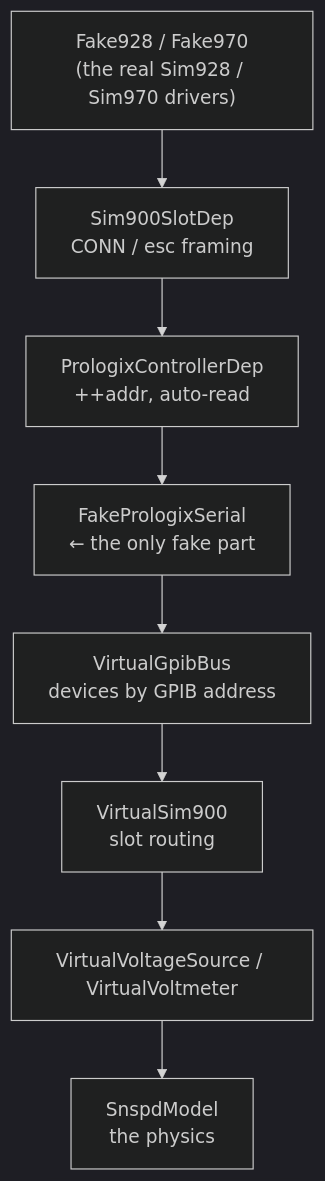
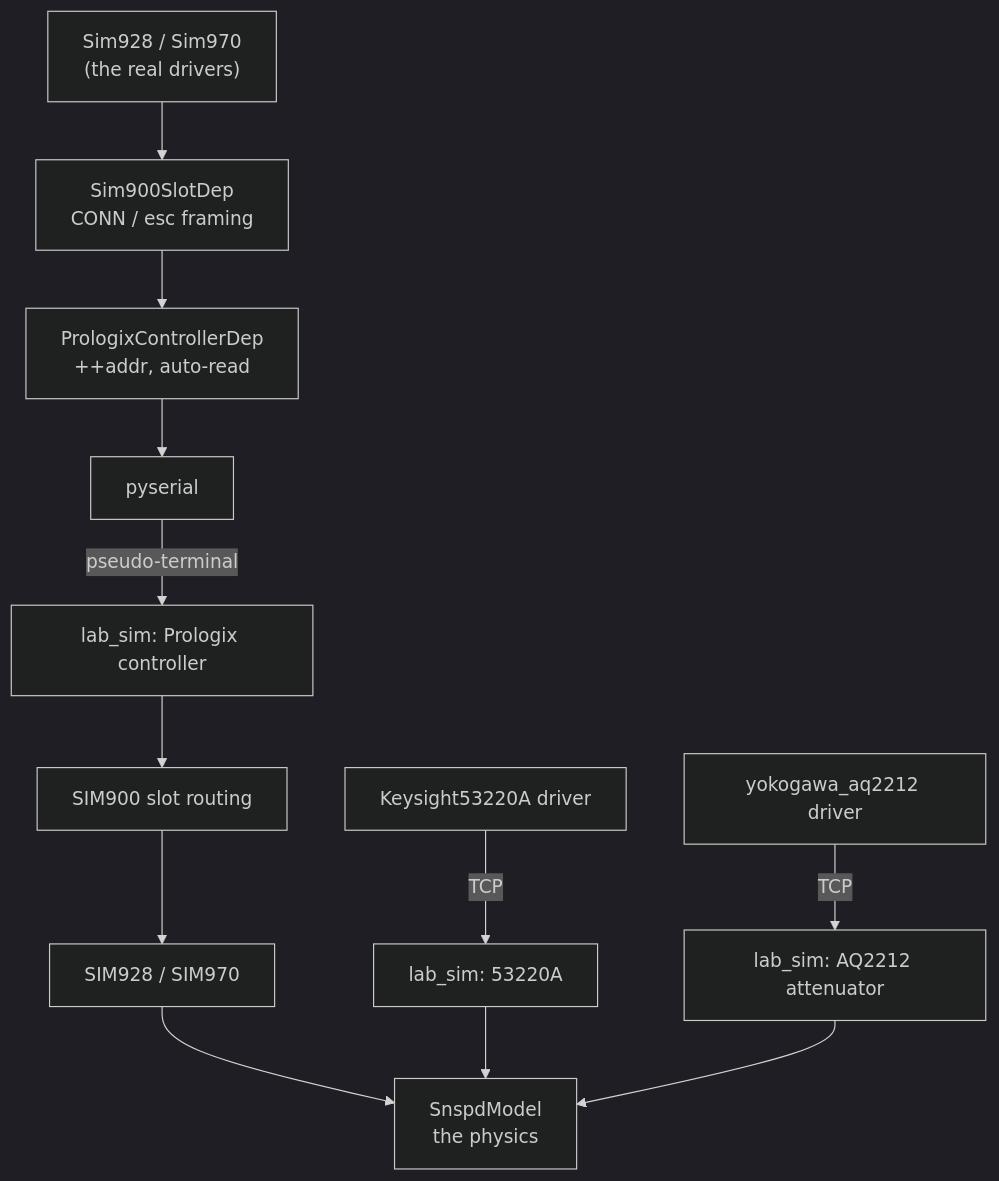
Before and after one commit to sansseriff/lab-wizard: the diagram in docs/concepts/simulated-instruments.md, drawn with Mermaid (dark theme). The commit also changed other lines of this file and 48 other files, not shown here.

````diff
--- a/docs/concepts/simulated-instruments.md
+++ b/docs/concepts/simulated-instruments.md
@@ -36,10 +89,14 @@
 ```mermaid
 graph TD
-    D["Fake928 / Fake970<br/>(the real Sim928 / Sim970 drivers)"] --> SD["Sim900SlotDep<br/>CONN / esc framing"]
+    D["Sim928 / Sim970<br/>(the real drivers)"] --> SD["Sim900SlotDep<br/>CONN / esc framing"]
     SD --> PC["PrologixControllerDep<br/>++addr, auto-read"]
-    PC --> FS["FakePrologixSerial<br/>← the only fake part"]
-    FS --> BUS["VirtualGpibBus<br/>devices by GPIB address"]
-    BUS --> MF["VirtualSim900<br/>slot routing"]
-    MF --> MOD["VirtualVoltageSource / VirtualVoltmeter"]
+    PC --> PS["pyserial"]
+    PS -->|pseudo-terminal| FS["lab_sim: Prologix controller"]
+    FS --> MF["SIM900 slot routing"]
+    MF --> MOD["SIM928 / SIM970"]
     MOD --> MODEL["SnspdModel<br/>the physics"]
+    K["Keysight53220A driver"] -->|TCP| KS["lab_sim: 53220A"]
+    Y["yokogawa_aq2212 driver"] -->|TCP| YS["lab_sim: AQ2212 attenuator"]
+    KS --> MODEL
+    YS --> MODEL
 ```
````
